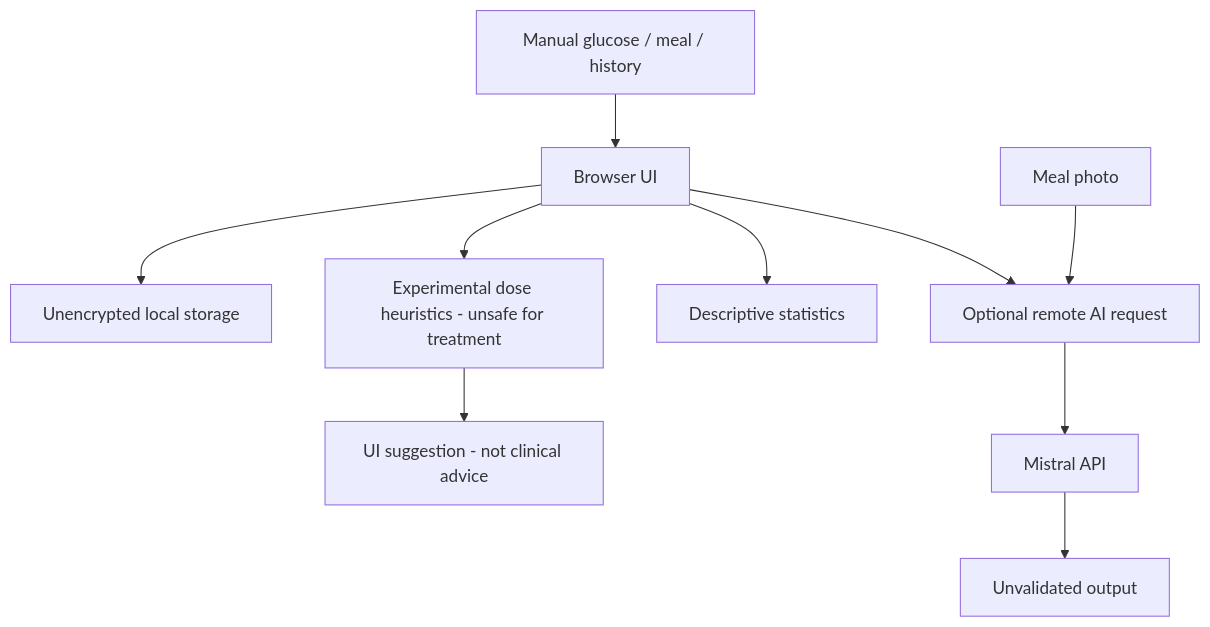
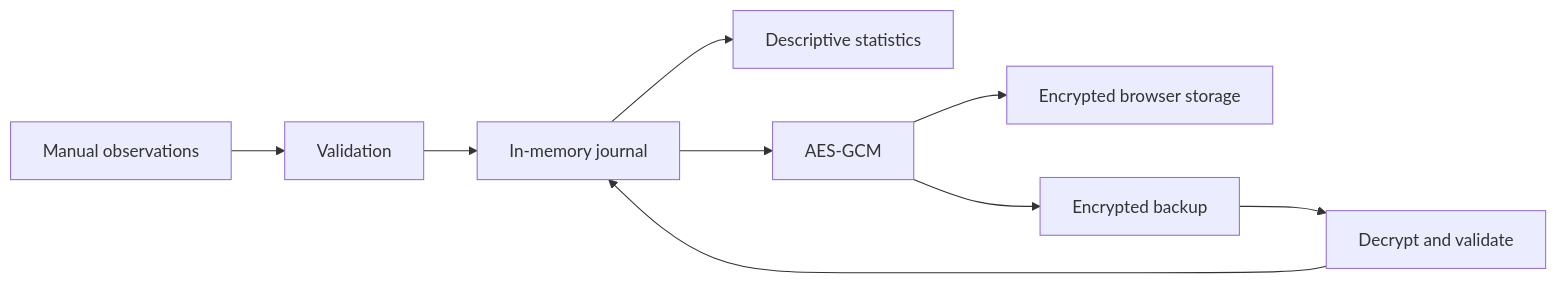
One commit to Nikoju1977/OPENVITA-DT1 changed the diagram in README.md. Above: the diagram before and after it, drawn with Mermaid. The commit also changed other lines of this file, not shown here.

Commit message:
docs: record encrypted journal functionality and qualification boundaries

````diff
--- a/README.md
+++ b/README.md
@@ -33,12 +17,11 @@
 ```mermaid
-flowchart TD
-  A[Manual glucose / meal / history] --> B[Browser UI]
-  B --> C[Unencrypted local storage]
-  B --> D[Experimental dose heuristics - unsafe for treatment]
-  D --> E[UI suggestion - not clinical advice]
-  B --> F[Descriptive statistics]
-  B --> G[Optional remote AI request]
-  H[Meal photo] --> G
-  G --> I[Mistral API]
-  I --> J[Unvalidated output]
+flowchart LR
+  UI[Manual observations] --> V[Validation]
+  V --> M[In-memory journal]
+  M --> G[Descriptive statistics]
+  M --> E[AES-GCM]
+  E --> L[Encrypted browser storage]
+  E --> B[Encrypted backup]
+  B --> R[Decrypt and validate]
+  R --> M
 ```
````
